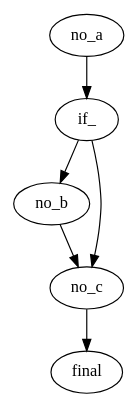
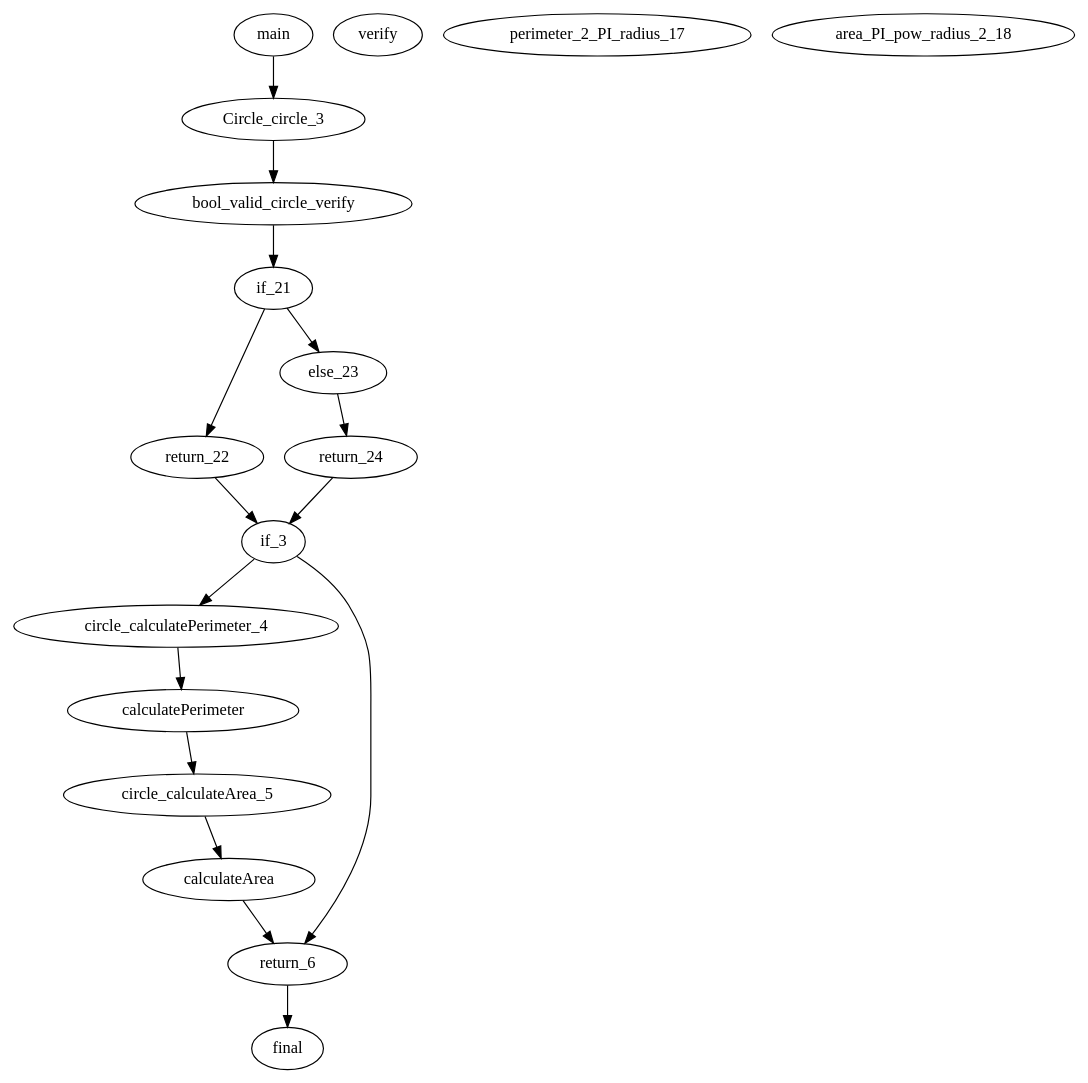
The diagram in dots/1.dot (Pssales/INMEHY-1), drawn with Graphviz before and after one commit. The commit also changed 45 other files, not shown here.

```diff
--- a/dots/1.dot
+++ b/dots/1.dot
@@ -1,12 +1,34 @@
 strict digraph G {
-    no_a;
-	if_;
-	no_b;
-	no_c;
-	final;
-	no_a -> if_;
-	if_ -> no_b;
-	if_ -> no_c;
-	no_b -> no_c;
-	no_c -> final;
+    main;
+    Circle_circle_3;
+    bool_valid_circle_verify;
+    verify;
+    if_21;
+    return_22;
+    else_23;
+    return_24;
+    if_3;
+    circle_calculatePerimeter_4;
+    calculatePerimeter;
+    perimeter_2_PI_radius_17;
+    circle_calculateArea_5;
+    calculateArea;
+    area_PI_pow_radius_2_18;
+    return_6;
+    final;
+    main->Circle_circle_3;
+    Circle_circle_3->bool_valid_circle_verify;
+    bool_valid_circle_verify->if_21;
+    if_21->return_22;
+    if_21->else_23;
+    else_23->return_24;
+    return_22->if_3;
+    return_24->if_3;
+    if_3->circle_calculatePerimeter_4;
+    circle_calculatePerimeter_4->calculatePerimeter;
+    calculatePerimeter->circle_calculateArea_5;
+    circle_calculateArea_5->calculateArea;
+    calculateArea->return_6;
+    if_3->return_6;
+    return_6->final;
 }
```
